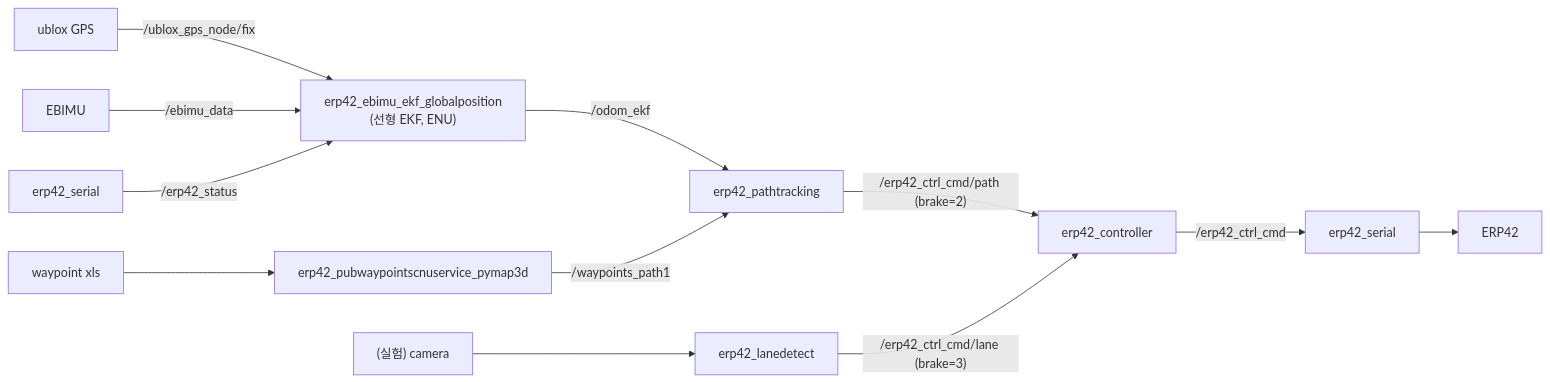
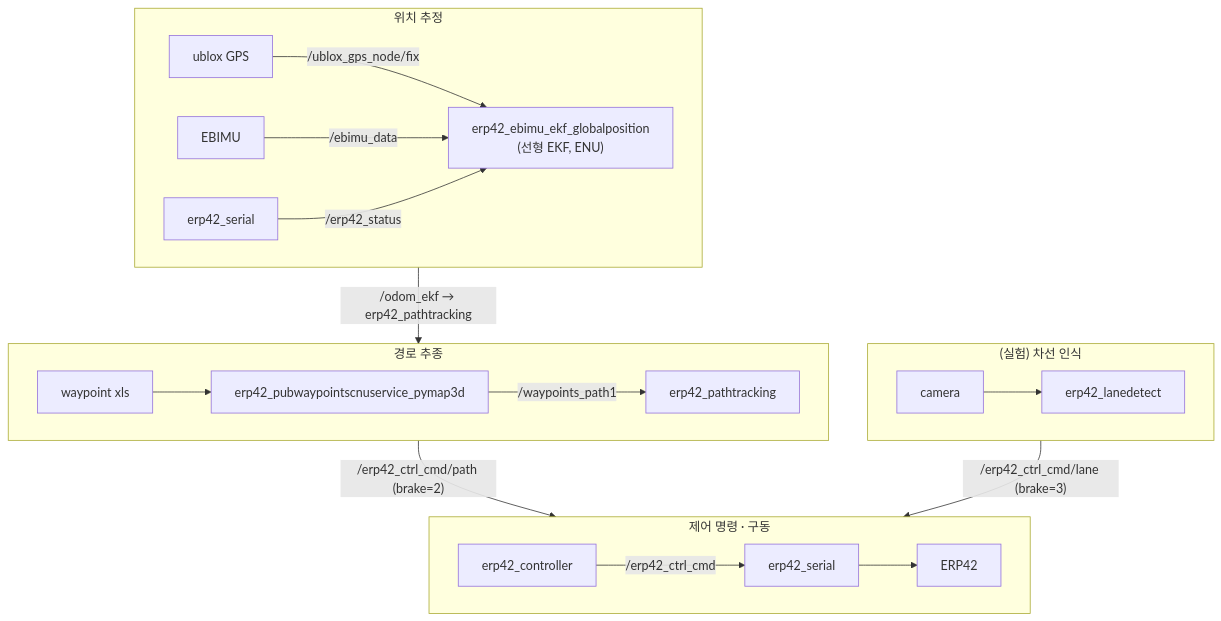
The diagram in README.md (gwanhuiGIM/Erp42_ws), drawn with Mermaid before and after one commit. The commit also changed other lines of this file, not shown here.

Commit message:
README: 구성도·흐름도를 기능 단위로 묶고 접음

````diff
--- a/README.md
+++ b/README.md
@@ -102,11 +105,24 @@
 ```mermaid
-flowchart LR
-    GPS["ublox GPS"] -->|"/ublox_gps_node/fix"| EKF
-    IMU["EBIMU"] -->|"/ebimu_data"| EKF
-    SER_IN["erp42_serial"] -->|"/erp42_status"| EKF
-    EKF["erp42_ebimu_ekf_globalposition<br/>(선형 EKF, ENU)"] -->|"/odom_ekf"| PT
-    XLS["waypoint xls"] --> WP["erp42_pubwaypointscnuservice_pymap3d"] -->|"/waypoints_path1"| PT["erp42_pathtracking"]
-    PT -->|"/erp42_ctrl_cmd/path (brake=2)"| CTRL
-    CAMERA["(실험) camera"] --> LD["erp42_lanedetect"] -->|"/erp42_ctrl_cmd/lane (brake=3)"| CTRL
-    CTRL["erp42_controller"] -->|"/erp42_ctrl_cmd"| SER_OUT["erp42_serial"] --> ERP["ERP42"]
+flowchart TB
+    subgraph LOC["위치 추정"]
+        direction LR
+        GPS["ublox GPS"] -->|"/ublox_gps_node/fix"| EKF
+        IMU["EBIMU"] -->|"/ebimu_data"| EKF
+        SER_IN["erp42_serial"] -->|"/erp42_status"| EKF["erp42_ebimu_ekf_globalposition<br/>(선형 EKF, ENU)"]
+    end
+    subgraph TRACK["경로 추종"]
+        direction LR
+        XLS["waypoint xls"] --> WP["erp42_pubwaypointscnuservice_pymap3d"] -->|"/waypoints_path1"| PT["erp42_pathtracking"]
+    end
+    subgraph LANE["(실험) 차선 인식"]
+        direction LR
+        CAMERA["camera"] --> LD["erp42_lanedetect"]
+    end
+    subgraph ACT["제어 명령 · 구동"]
+        direction LR
+        CTRL["erp42_controller"] -->|"/erp42_ctrl_cmd"| SER_OUT["erp42_serial"] --> ERP["ERP42"]
+    end
+    LOC -->|"/odom_ekf → erp42_pathtracking"| TRACK
+    TRACK -->|"/erp42_ctrl_cmd/path (brake=2)"| ACT
+    LANE -->|"/erp42_ctrl_cmd/lane (brake=3)"| ACT
 ```
````
